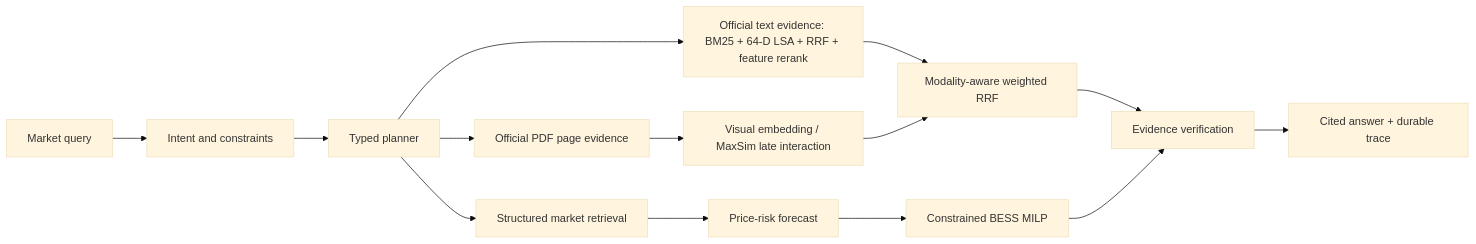
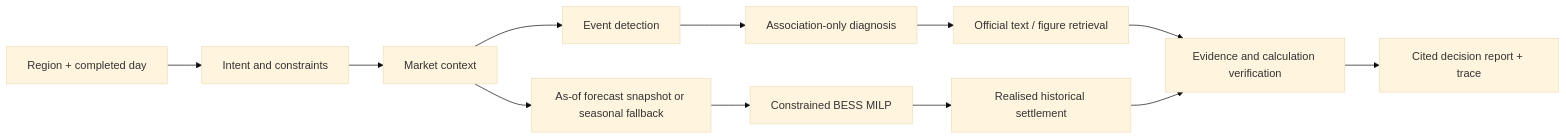
Before and after one commit to larry-liyuanfan/australian-energy-market-intelligence-agent: the diagram in README.md, drawn with Mermaid (base theme). The commit also changed other lines of this file and 28 other files, not shown here.

First line of the commit message:
Unify historical decision-replay Agent workflow (#10)

````diff
--- a/README.md
+++ b/README.md
@@ -9,16 +25,14 @@
 ```mermaid
 flowchart LR
-  Q[Market query] --> N[Intent and constraints]
-  N --> P[Typed planner]
-  P --> M[Structured market retrieval]
-  P --> E[Official text evidence: BM25 + 64-D LSA + RRF + feature rerank]
-  P --> X[Official PDF page evidence]
-  X --> Y[Visual embedding / MaxSim late interaction]
-  E --> Z[Modality-aware weighted RRF]
-  Y --> Z
-  M --> F[Price-risk forecast]
+  Q[Region + completed day] --> I[Intent and constraints]
+  I --> C[Market context]
+  C --> E[Event detection]
+  E --> D[Association-only diagnosis]
+  D --> R[Official text / figure retrieval]
+  C --> F[As-of forecast snapshot or seasonal fallback]
   F --> B[Constrained BESS MILP]
-  Z --> V[Evidence verification]
-  B --> V
-  V --> A[Cited answer + durable trace]
+  B --> S[Realised historical settlement]
+  R --> V[Evidence and calculation verification]
+  S --> V
+  V --> A[Cited decision report + trace]
 ```
````
